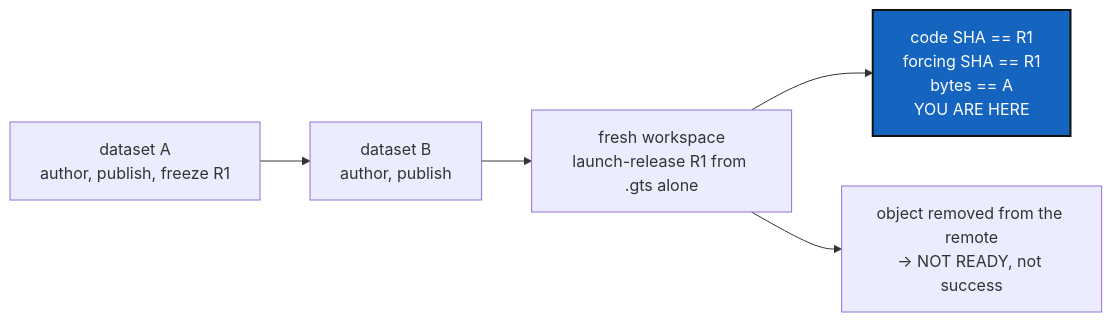
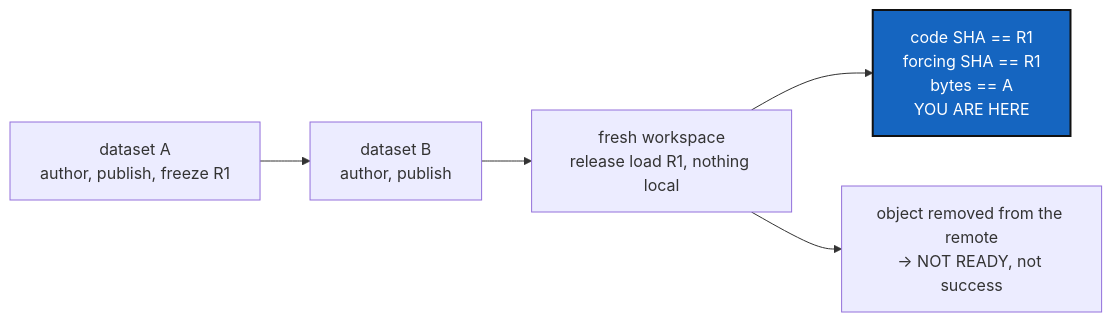
Before and after one commit to flipoyo/.dev: the diagram in DevTickets/openTickets/data-repo_2-9_DataAcceptance_DevPlanTicket.md, drawn with Mermaid. The commit also changed other lines of this file and 4 other files, not shown here.

````diff
--- a/DevTickets/openTickets/data-repo_2-9_DataAcceptance_DevPlanTicket.md
+++ b/DevTickets/openTickets/data-repo_2-9_DataAcceptance_DevPlanTicket.md
@@ -41,10 +41,10 @@
 ```mermaid
 graph LR
     A["dataset A<br/>author, publish, freeze R1"] --> B["dataset B<br/>author, publish"]
-    B --> F["fresh workspace<br/>launch-release R1 from .gts alone"]
+    B --> F["fresh workspace<br/>release load R1, nothing local"]
     F --> V["code SHA == R1<br/>forcing SHA == R1<br/>bytes == A<br/>YOU ARE HERE"]
     F --> N["object removed from the remote<br/>-> NOT READY, not success"]
 
     classDef here fill:#1565C0,color:#fff,stroke:#111,stroke-width:2px;
     class V here;
 ```
````
